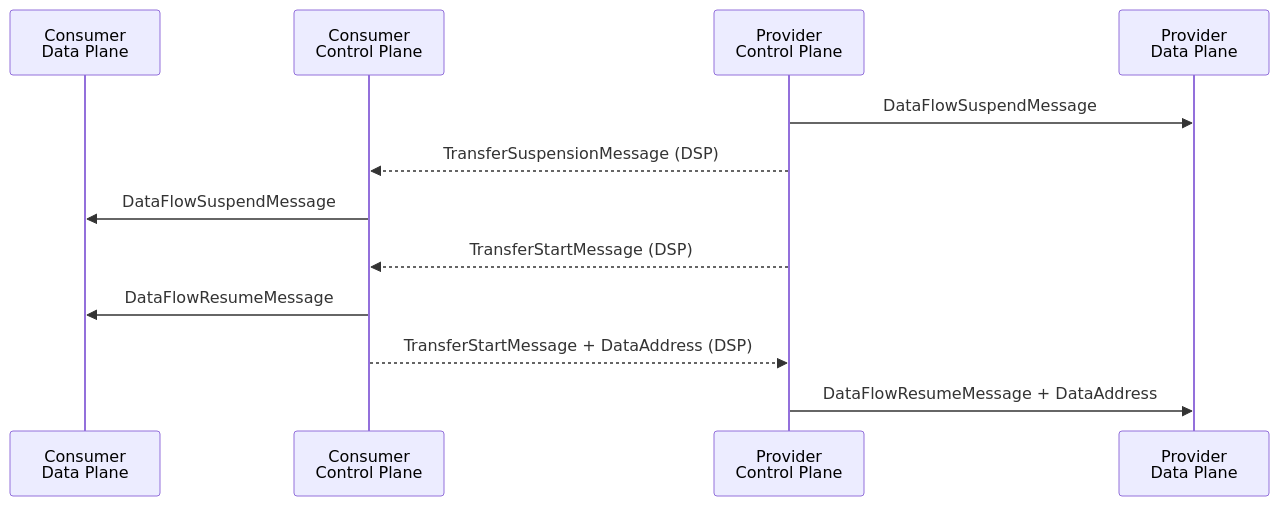
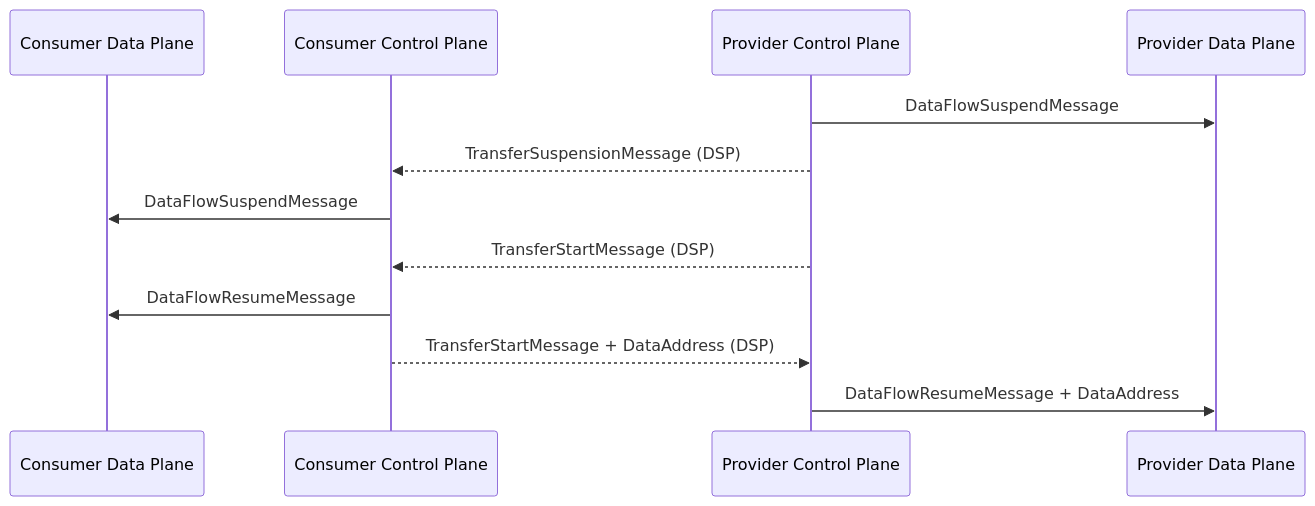
Before and after one commit to eclipse-dataplane-signaling/dataplane-signaling: the fifth of 9 diagrams in specifications/signaling.md, drawn with Mermaid. The commit also changed other lines of this file and 1 other file, not shown here.

````diff
--- a/specifications/signaling.md
+++ b/specifications/signaling.md
@@ -226,15 +224,14 @@
 ```mermaid
-sequenceDiagram                 
-      participant CDP as Consumer<br/>Data Plane             
-      participant CCP as Consumer<br/>Control Plane             
-      participant PCP as Provider<br/>Control Plane             
-      participant PDP as Provider<br/>Data Plane             
-      
+sequenceDiagram
+      participant CDP as Consumer Data Plane             
+      participant CCP as Consumer Control Plane             
+      participant PCP as Provider Control Plane             
+      participant PDP as Provider Data Plane             
       PCP->>PDP: DataFlowSuspendMessage
       PCP-->>CCP: TransferSuspensionMessage (DSP)
       CCP->>CDP: DataFlowSuspendMessage 
       PCP-->>CCP: TransferStartMessage (DSP)  
       CCP->>CDP: DataFlowResumeMessage  
       CCP-->>PCP: TransferStartMessage + DataAddress (DSP)
       PCP->>PDP: DataFlowResumeMessage + DataAddress 
 ```
````
